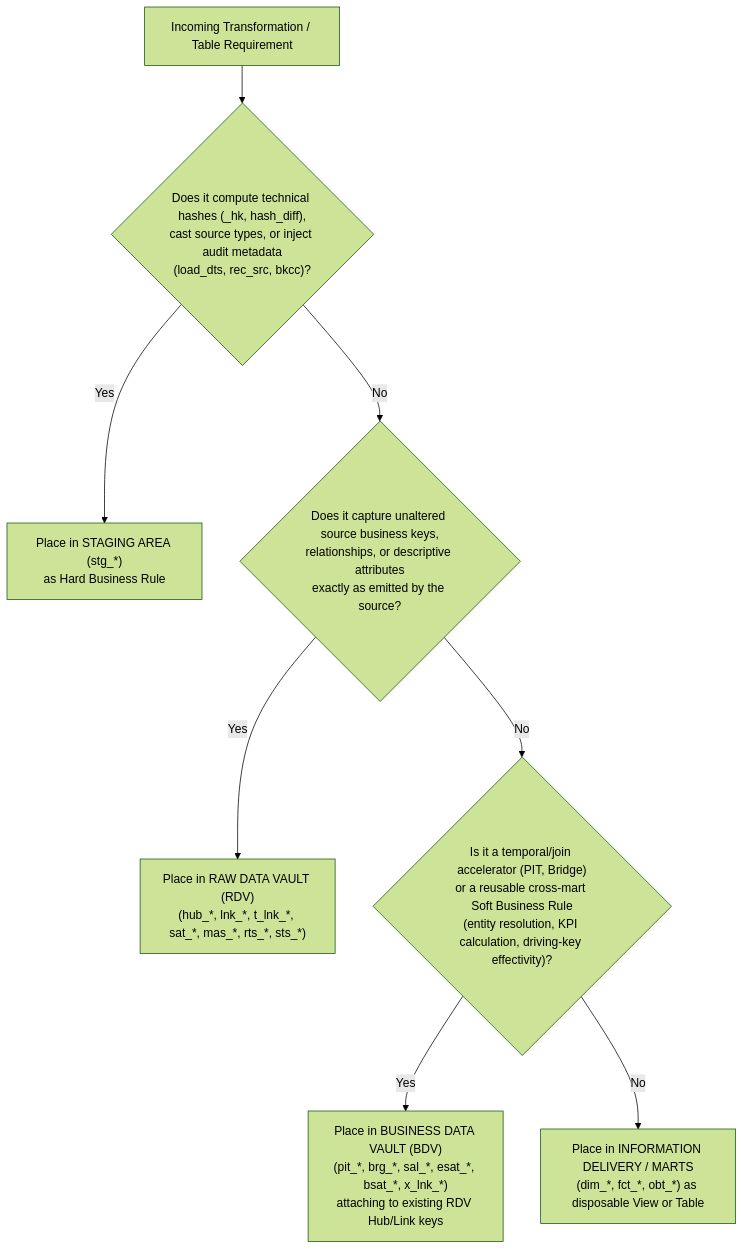
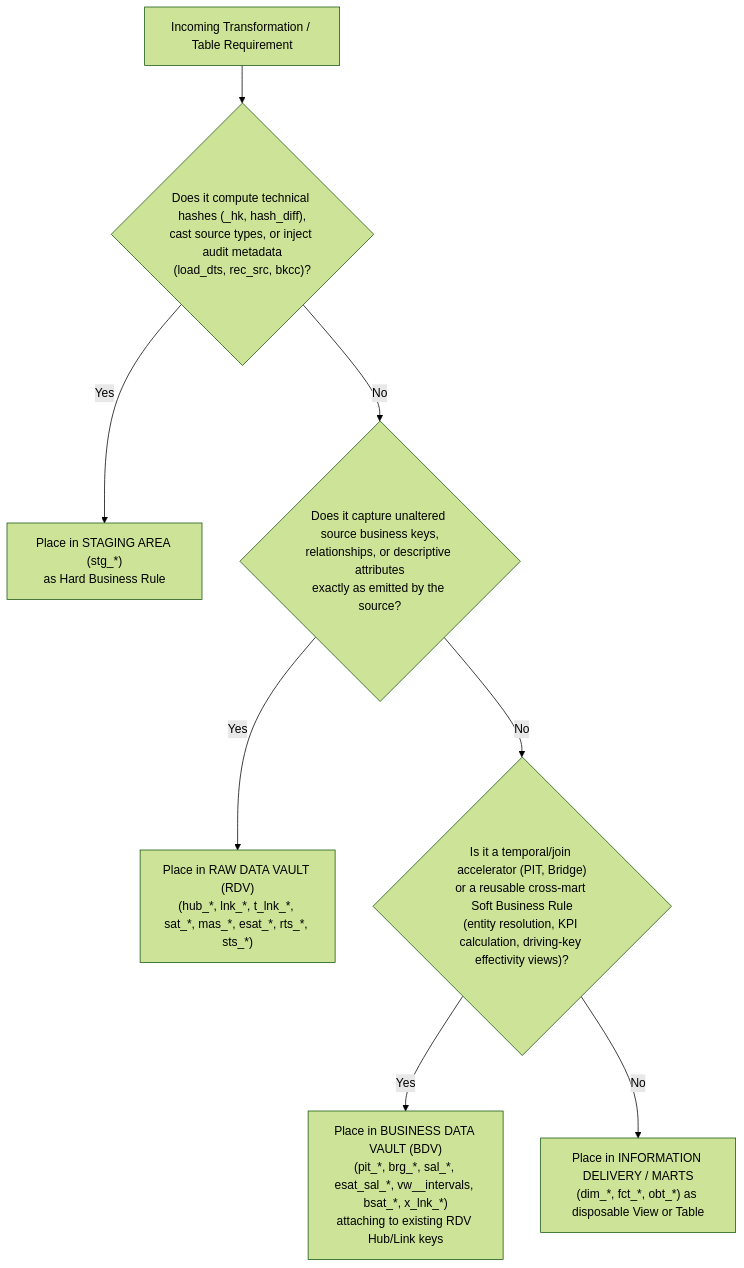
Before and after one commit to nogoo9/open-dv: the second of 7 diagrams in docs/DV2_AGENT_REFERENCE_GUIDE.md, drawn with Mermaid (forest theme). The commit also changed other lines of this file and 173 other files, not shown here.

````diff
--- a/docs/DV2_AGENT_REFERENCE_GUIDE.md
+++ b/docs/DV2_AGENT_REFERENCE_GUIDE.md
@@ -174,10 +174,10 @@
 ```mermaid
 flowchart TD
     A["Incoming Transformation / Table Requirement"] --> B{"Does it compute technical hashes (_hk, hash_diff),\ncast source types, or inject audit metadata\n(load_dts, rec_src, bkcc)?"}
     B -- Yes --> C["Place in STAGING AREA (stg_*)\nas Hard Business Rule"]
     B -- No --> D{"Does it capture unaltered source business keys,\nrelationships, or descriptive attributes\nexactly as emitted by the source?"}
-    D -- Yes --> E["Place in RAW DATA VAULT (RDV)\n(hub_*, lnk_*, t_lnk_*, sat_*, mas_*, rts_*, sts_*)"]
-    D -- No --> F{"Is it a temporal/join accelerator (PIT, Bridge)\nor a reusable cross-mart Soft Business Rule\n(entity resolution, KPI calculation, driving-key effectivity)?"}
-    F -- Yes --> G["Place in BUSINESS DATA VAULT (BDV)\n(pit_*, brg_*, sal_*, esat_*, bsat_*, x_lnk_*)\nattaching to existing RDV Hub/Link keys"]
+    D -- Yes --> E["Place in RAW DATA VAULT (RDV)\n(hub_*, lnk_*, t_lnk_*, sat_*, mas_*, esat_*, rts_*, sts_*)"]
+    D -- No --> F{"Is it a temporal/join accelerator (PIT, Bridge)\nor a reusable cross-mart Soft Business Rule\n(entity resolution, KPI calculation, driving-key effectivity views)?"}
+    F -- Yes --> G["Place in BUSINESS DATA VAULT (BDV)\n(pit_*, brg_*, sal_*, esat_sal_*, vw_<esat>_intervals, bsat_*, x_lnk_*)\nattaching to existing RDV Hub/Link keys"]
     F -- No --> H["Place in INFORMATION DELIVERY / MARTS\n(dim_*, fct_*, obt_*) as disposable View or Table"]
 ```
````
